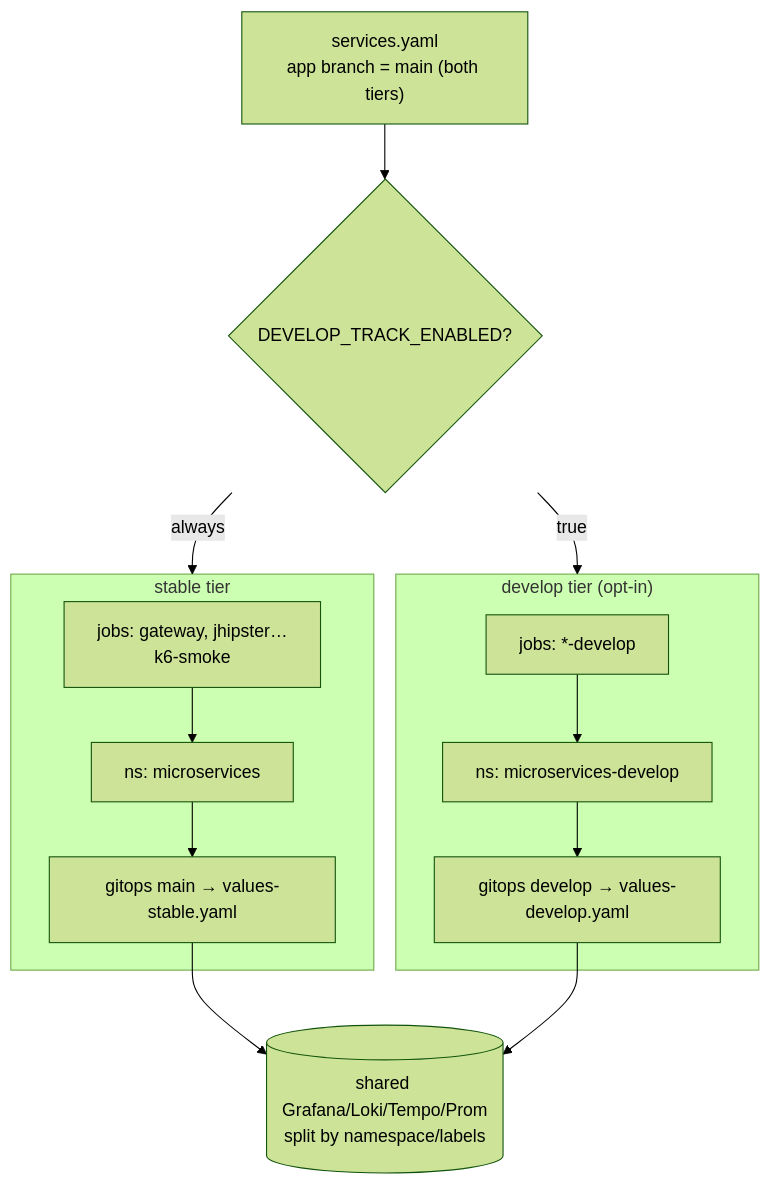
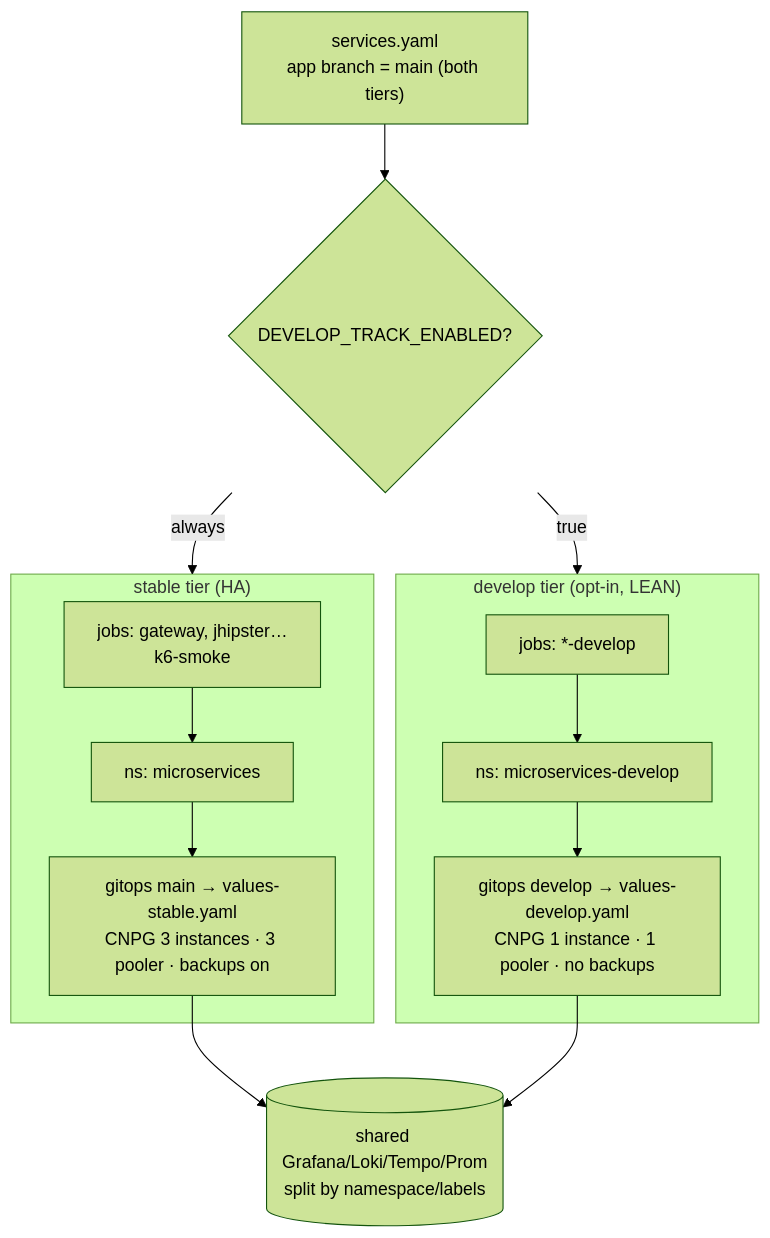
The fifth of 12 diagrams in docs/402-PIPELINES_AS_CODE.md (nubenetes/jenkins-2026), drawn with Mermaid (forest theme) before and after one commit. The commit also changed other lines of this file and 3 other files, not shown here.

First line of the commit message:
docs(402,102,502): document the lean develop tier + develop_track input (+changelog v0.23.0)

````diff
--- a/docs/402-PIPELINES_AS_CODE.md
+++ b/docs/402-PIPELINES_AS_CODE.md
@@ -210,16 +210,16 @@
 ```mermaid
 flowchart TB
   reg["services.yaml<br/>app branch = main (both tiers)"] --> sw{DEVELOP_TRACK_ENABLED?}
   sw -->|always| stable
   sw -->|true| develop
-  subgraph stable["stable tier"]
+  subgraph stable["stable tier (HA)"]
     sjobs["jobs: gateway, jhipster…<br/>k6-smoke"] --> sns["ns: microservices"]
-    sns --> sval["gitops main → values-stable.yaml"]
+    sns --> sval["gitops main → values-stable.yaml<br/>CNPG 3 instances · 3 pooler · backups on"]
   end
-  subgraph develop["develop tier (opt-in)"]
+  subgraph develop["develop tier (opt-in, LEAN)"]
     djobs["jobs: *-develop"] --> dns["ns: microservices-develop"]
-    dns --> dval["gitops develop → values-develop.yaml"]
+    dns --> dval["gitops develop → values-develop.yaml<br/>CNPG 1 instance · 1 pooler · no backups"]
   end
   sval --> shared[(shared Grafana/Loki/Tempo/Prom<br/>split by namespace/labels)]
   dval --> shared
 ```
````
